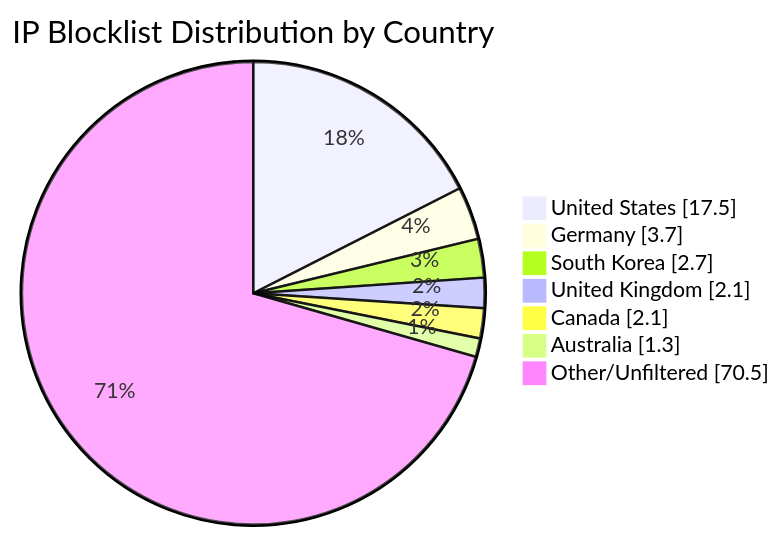
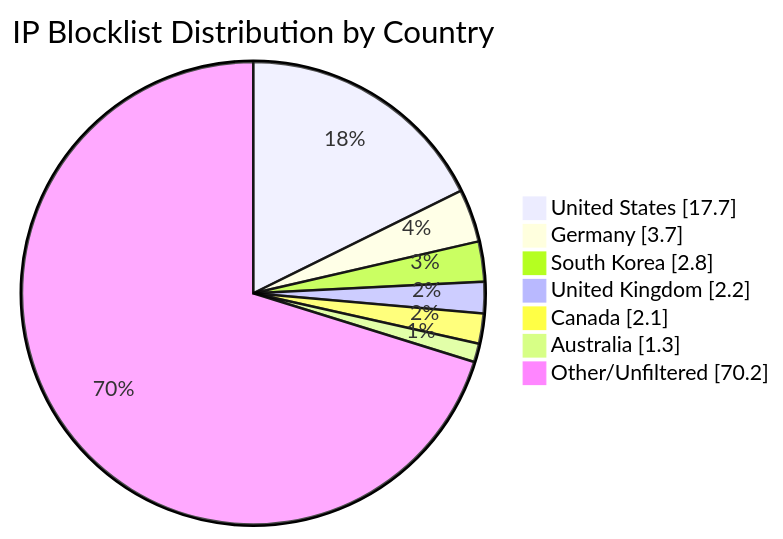
Before and after one commit to MarcusHoltz/ipblocklist-geofiltered-aggregator: the diagram in README.md, drawn with Mermaid. The commit also changed other lines of this file and 9 other files, not shown here.

````diff
--- a/README.md
+++ b/README.md
@@ -34,10 +34,10 @@
 ```mermaid
 pie showData title IP Blocklist Distribution by Country
-"United States" : 17.5
+"United States" : 17.7
 "Germany" : 3.7
-"South Korea" : 2.7
-"United Kingdom" : 2.1
+"South Korea" : 2.8
+"United Kingdom" : 2.2
 "Canada" : 2.1
 "Australia" : 1.3
-"Other/Unfiltered" : 70.5
+"Other/Unfiltered" : 70.2
 ```
````
